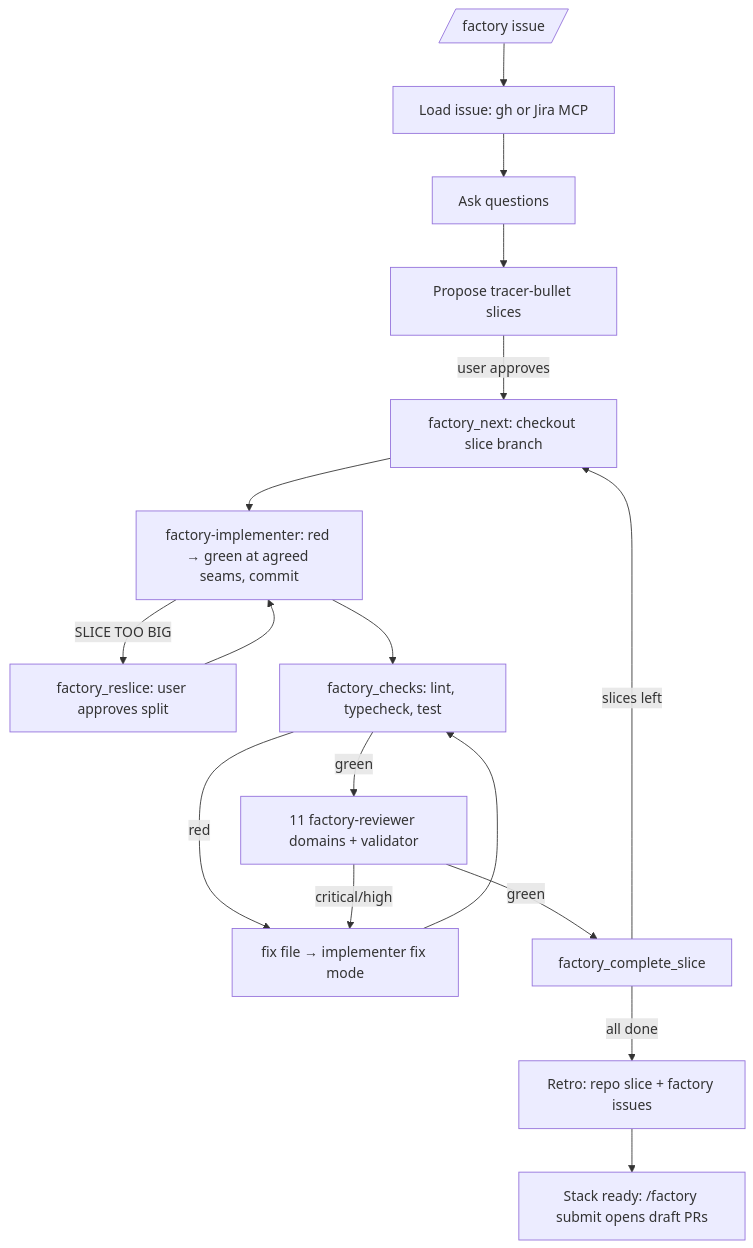
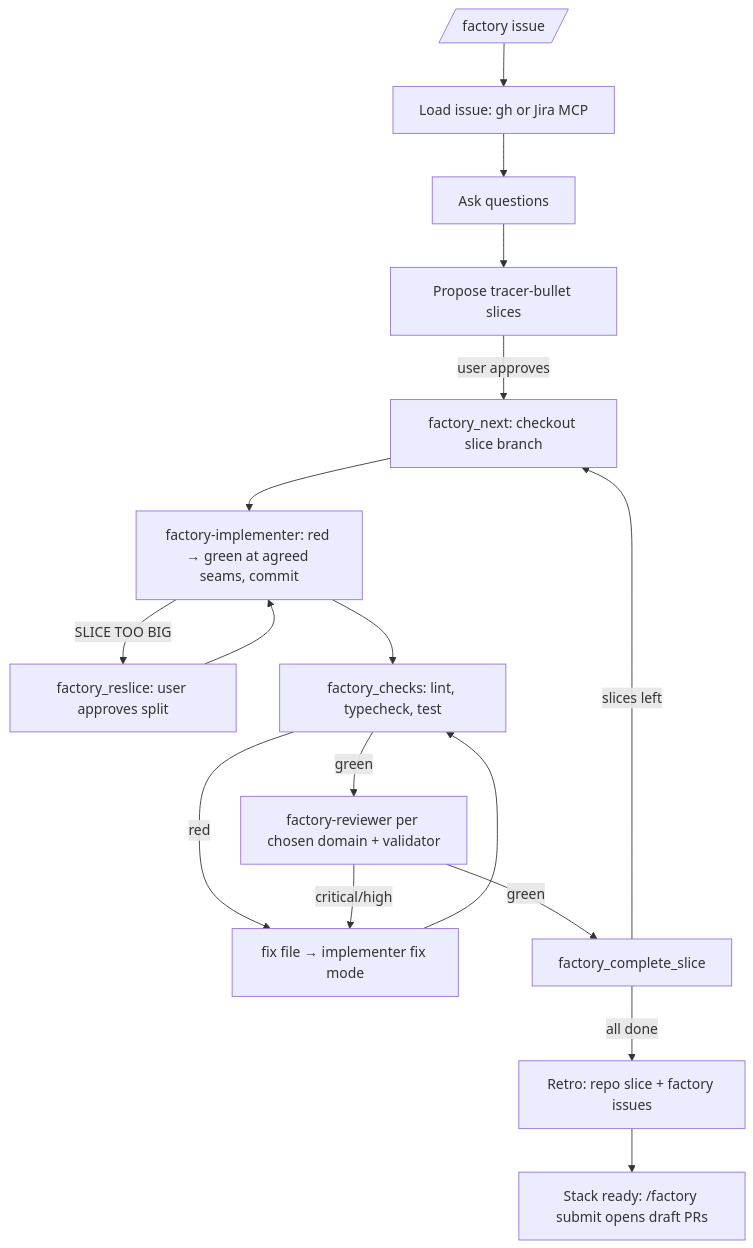
The diagram in README.md (adrianbrowning/software-factory), drawn with Mermaid before and after one commit. The commit also changed other lines of this file and 8 other files, not shown here.

First line of the commit message:
Let the validator correct its verdict, block decision conflicts, and pick review domains per diff (#13)

````diff
--- a/README.md
+++ b/README.md
@@ -8,19 +8,19 @@
 ```mermaid
 flowchart TD
   A[/factory issue/] --> B[Load issue: gh or Jira MCP]
   B --> C[Ask questions]
   C --> D[Propose tracer-bullet slices]
   D -->|user approves| E[factory_next: checkout slice branch]
   E --> F[factory-implementer: red → green at agreed seams, commit]
   F -->|SLICE TOO BIG| R[factory_reslice: user approves split]
   R --> F
   F --> G[factory_checks: lint, typecheck, test]
   G -->|red| H[fix file → implementer fix mode]
   H --> G
-  G -->|green| I[11 factory-reviewer domains + validator]
+  G -->|green| I[factory-reviewer per chosen domain + validator]
   I -->|critical/high| H
   I -->|green| J[factory_complete_slice]
   J -->|slices left| E
   J -->|all done| K[Retro: repo slice + factory issues]
   K --> L[Stack ready: /factory submit opens draft PRs]
 ```
````
